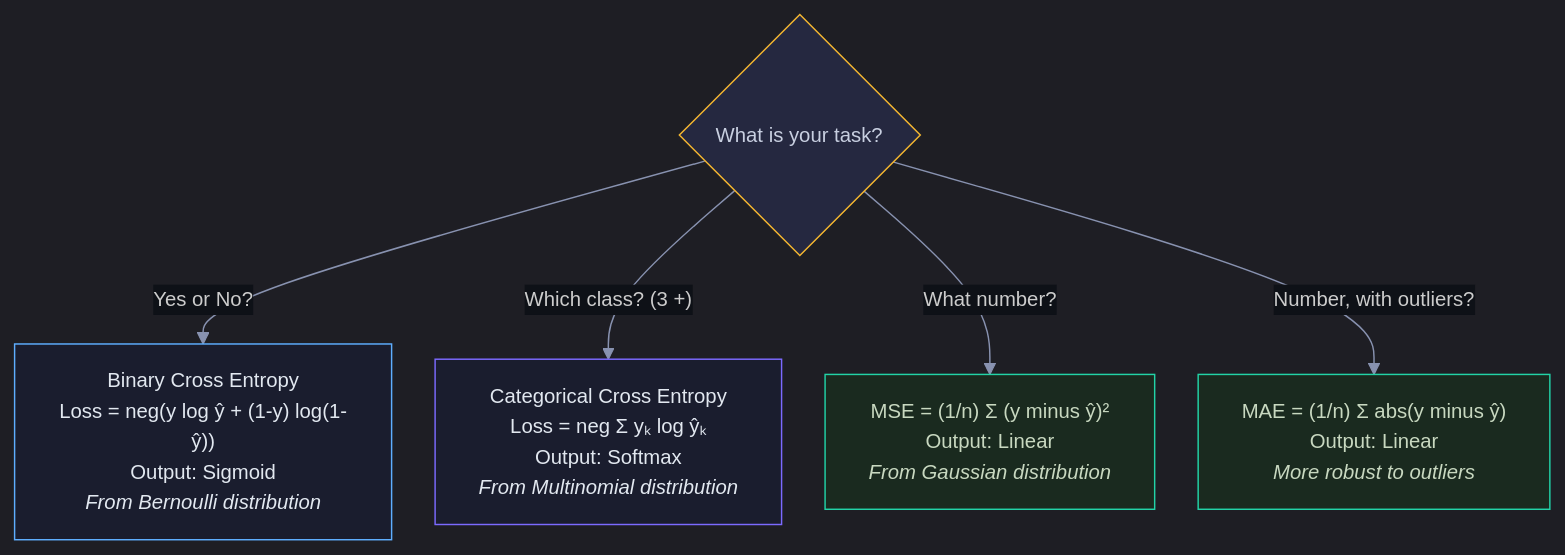
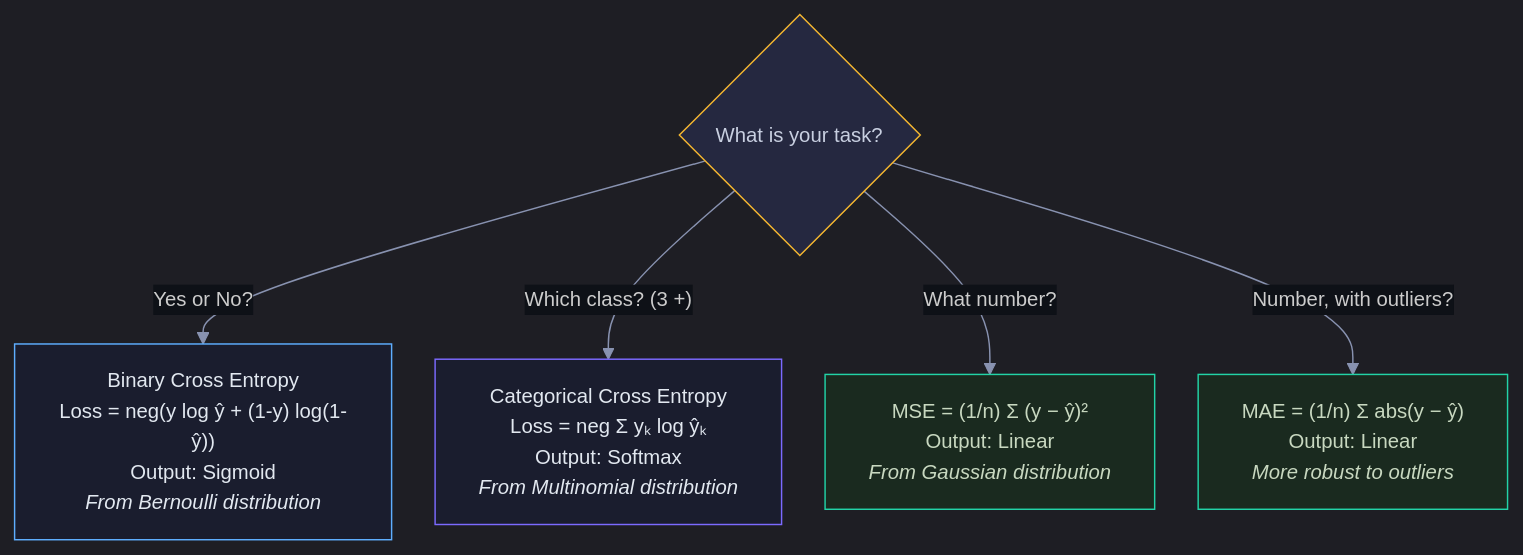
Before and after one commit to snehith1234/StudyCircle: diagram 14 of 18 in Documents/Visual_Guides/Deep_Learning/Neural_Network_Fundamentals_Visual.md, drawn with Mermaid. The commit also changed other lines of this file and 7 other files, not shown here.

Commit message:
Fix minus/neg in Mermaid: use proper − symbol instead of words

````diff
--- a/Documents/Visual_Guides/Deep_Learning/Neural_Network_Fundamentals_Visual.md
+++ b/Documents/Visual_Guides/Deep_Learning/Neural_Network_Fundamentals_Visual.md
@@ -371,15 +371,15 @@
 ```mermaid
 %%{init: {'theme': 'dark', 'themeVariables': {'darkMode': true, 'background': '#0e1117', 'primaryColor': '#1a1d2e', 'primaryTextColor': '#e2e8f0', 'primaryBorderColor': '#2d3148', 'lineColor': '#8892b0', 'secondaryColor': '#252840', 'tertiaryColor': '#1a1d2e', 'fontSize': '14px', 'edgeLabelBackground': '#0e1117'}, 'flowchart': {'nodeSpacing': 30, 'rankSpacing': 40, 'padding': 15, 'htmlLabels': true}}}%%
 graph TD
     TASK{"What is your task?"}
     TASK -->|"Yes or No?"| BCE["Binary Cross Entropy<br/>Loss = neg(y log ŷ + (1-y) log(1-ŷ))<br/>Output: Sigmoid<br/><i>From Bernoulli distribution</i>"]
     TASK -->|"Which class? (3 +)"| CCE["Categorical Cross Entropy<br/>Loss = neg Σ yₖ log ŷₖ<br/>Output: Softmax<br/><i>From Multinomial distribution</i>"]
-    TASK -->|"What number?"| MSE["MSE = (1/n) Σ (y minus ŷ)²<br/>Output: Linear<br/><i>From Gaussian distribution</i>"]
-    TASK -->|"Number, with outliers?"| MAE["MAE = (1/n) Σ abs(y minus ŷ)<br/>Output: Linear<br/><i>More robust to outliers</i>"]
+    TASK -->|"What number?"| MSE["MSE = (1/n) Σ (y − ŷ)²<br/>Output: Linear<br/><i>From Gaussian distribution</i>"]
+    TASK -->|"Number, with outliers?"| MAE["MAE = (1/n) Σ abs(y − ŷ)<br/>Output: Linear<br/><i>More robust to outliers</i>"]
 
     style TASK fill:#252840,stroke:#f5b731,color:#c8cfe0
     style BCE fill:#1a1d2e,stroke:#5eaeff,color:#e2e8f0
     style CCE fill:#1a1d2e,stroke:#7c6aff,color:#e2e8f0
     style MSE fill:#1a2a1f,stroke:#22d3a7,color:#c8d8c0
     style MAE fill:#1a2a1f,stroke:#22d3a7,color:#c8d8c0
 ```
````
